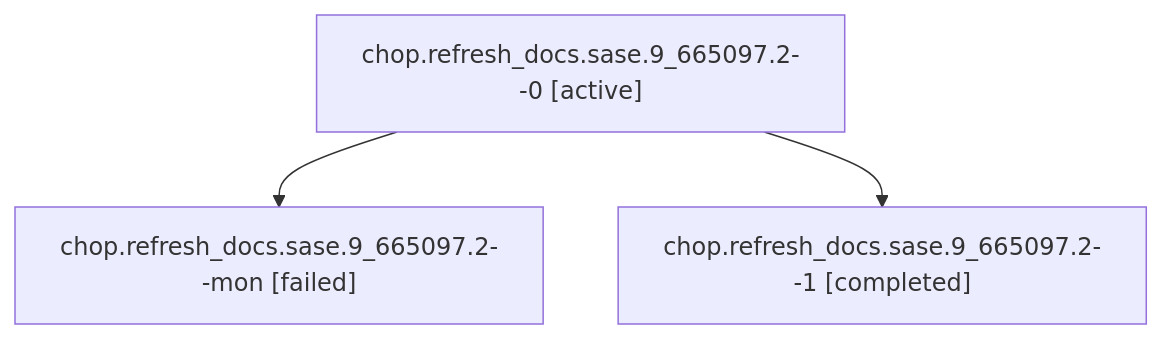
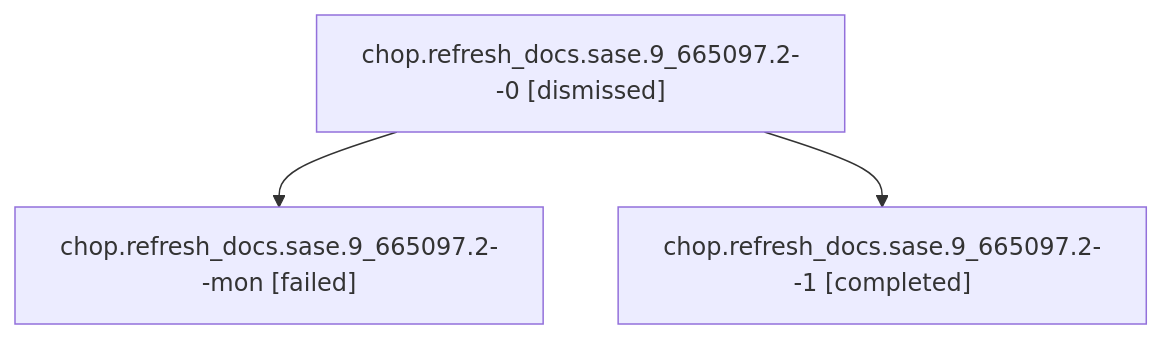
One commit to sase-org/sase--agents changed the diagram in sessions/bbugyi200.athena.chop.refresh_docs.sase.9_665097.2.md. Above: the diagram before and after it, drawn with Mermaid. The commit also changed other lines of this file and 320 other files, not shown here.

````diff
--- a/sessions/bbugyi200.athena.chop.refresh_docs.sase.9_665097.2.md
+++ b/sessions/bbugyi200.athena.chop.refresh_docs.sase.9_665097.2.md
@@ -9,8 +9,8 @@
 ```mermaid
 flowchart TD
-  n0["chop.refresh_docs.sase.9_665097.2--0 [active]"]
+  n0["chop.refresh_docs.sase.9_665097.2--0 [dismissed]"]
   n1["chop.refresh_docs.sase.9_665097.2--mon [failed]"]
   n0 --> n1
   n2["chop.refresh_docs.sase.9_665097.2--1 [completed]"]
   n0 --> n2
 ```
````
